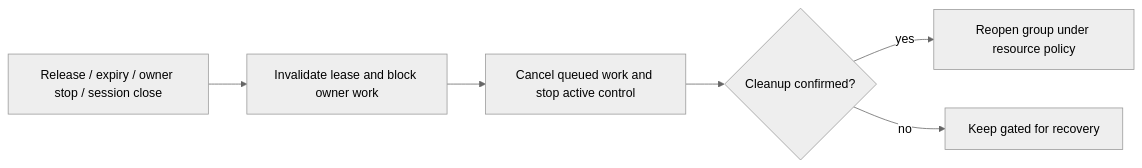
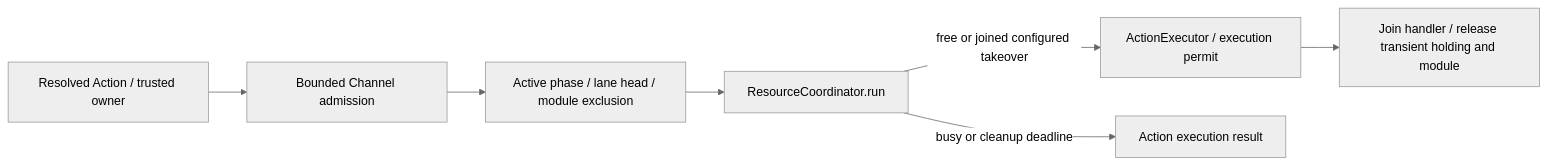
The second of 7 diagrams in MobileHarness/Gateway/Output/Scheduling/README.md (devilyouwei/MobileHarness), drawn with Mermaid (neutral theme) before and after one commit. The commit also changed other lines of this file and 135 other files, not shown here.

First line of the commit message:
Decouple Bluetooth recovery and execution failures; simplify resource ownership

````diff
--- a/MobileHarness/Gateway/Output/Scheduling/README.md
+++ b/MobileHarness/Gateway/Output/Scheduling/README.md
@@ -116,8 +56,9 @@
 ```mermaid
 flowchart LR
-    Trigger[Release / expiry / owner stop / session close] --> Gate[Invalidate lease and block owner work]
-    Gate --> Clean[Cancel queued work and stop active control]
-    Clean --> Result{Cleanup confirmed?}
-    Result -->|yes| Open[Reopen group under resource policy]
-    Result -->|no| Fault[Keep gated for recovery]
+    Call[Resolved Action / trusted owner] --> Admission[Bounded Channel admission]
+    Admission --> FIFO[Active phase / lane head / module exclusion]
+    FIFO --> Resource[ResourceCoordinator.run]
+    Resource -->|free or joined configured takeover| Execute[ActionExecutor / execution permit]
+    Resource -->|busy or cleanup deadline| Failure[Action execution result]
+    Execute --> End[Join handler / release transient holding and module]
 ```
````
